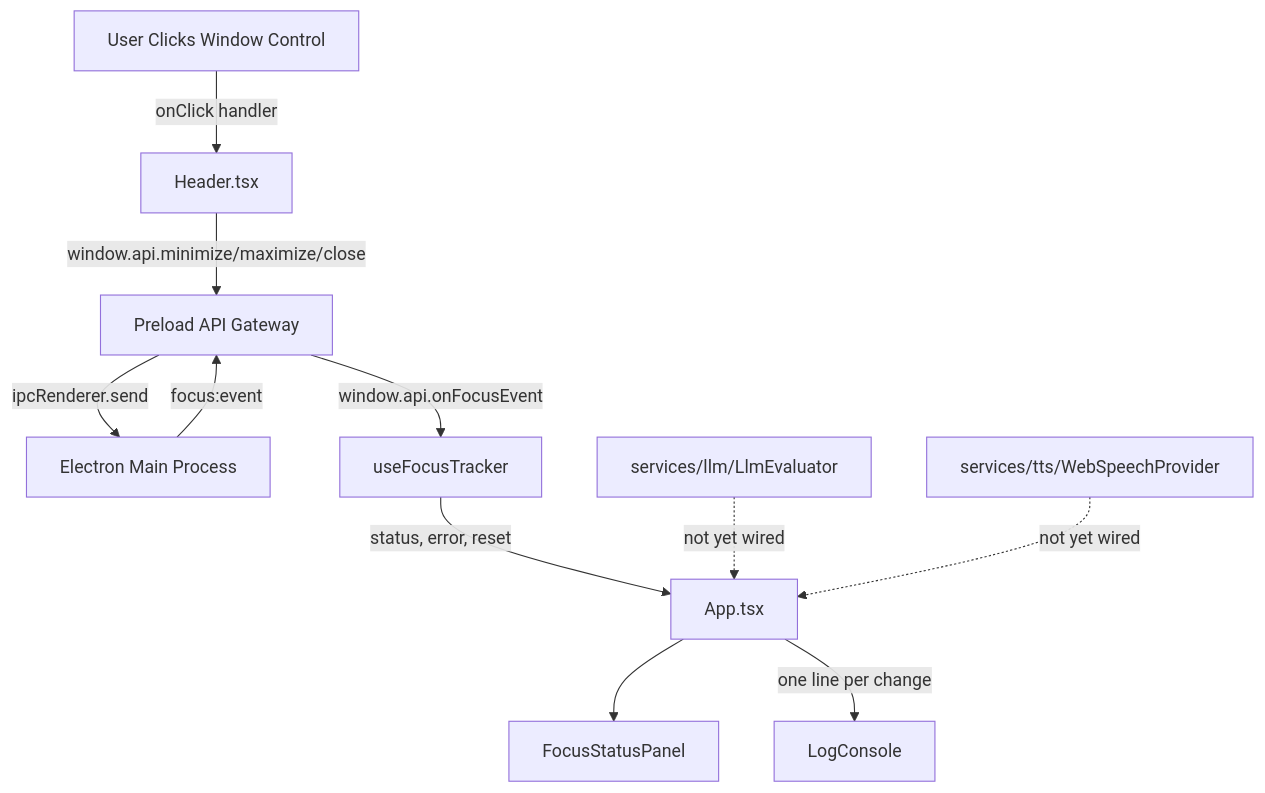
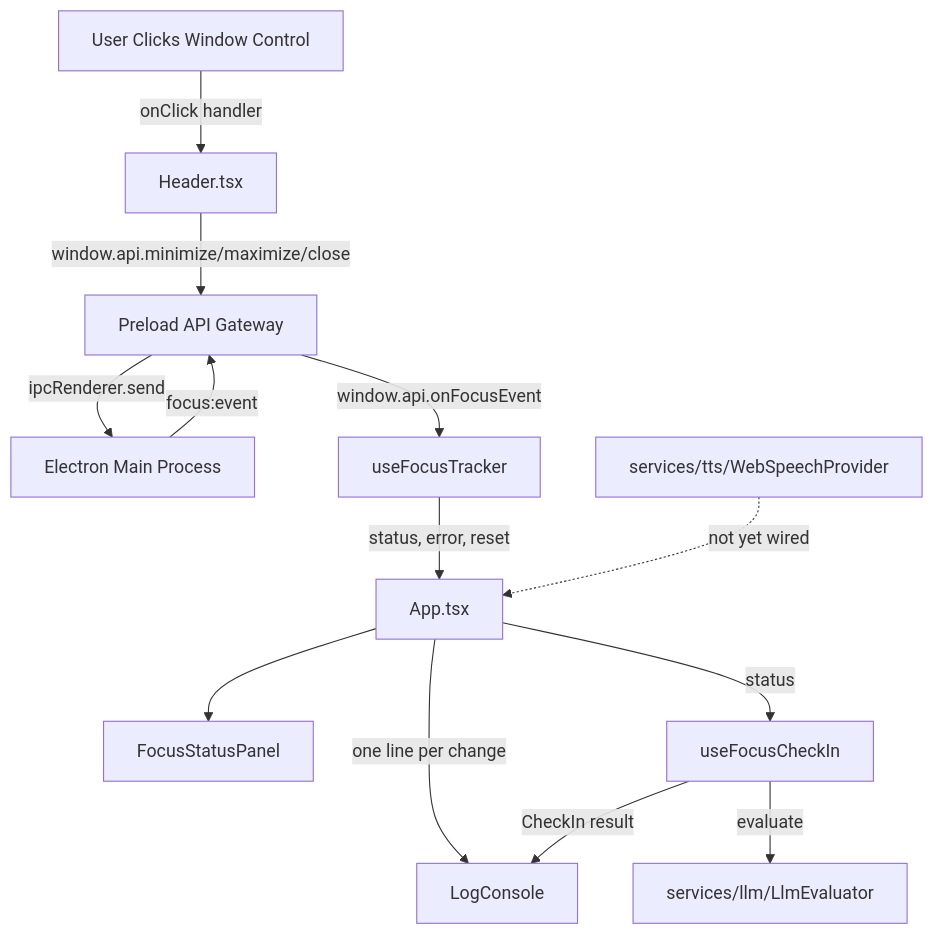
One commit to Masterslayer7/FocusSentinel changed the diagram in src/renderer/CONTEXT.md. Above: the diagram before and after it, drawn with Mermaid. The commit also changed other lines of this file and 10 other files, not shown here.

First line of the commit message:
feat(focus): check in with LlmEvaluator once per distraction (Milestone 5)

````diff
--- a/src/renderer/CONTEXT.md
+++ b/src/renderer/CONTEXT.md
@@ -29,15 +29,17 @@
 ```mermaid
 graph TD
     User[User Clicks Window Control] -->|onClick handler| Header[Header.tsx]
     Header -->|window.api.minimize/maximize/close| Preload[Preload API Gateway]
     Preload -->|ipcRenderer.send| Main[Electron Main Process]
 
     Main -->|focus:event| Preload
     Preload -->|window.api.onFocusEvent| Hook[useFocusTracker]
     Hook -->|status, error, reset| App[App.tsx]
     App --> Panel[FocusStatusPanel]
     App -->|one line per change| Log[LogConsole]
 
-    LLM[services/llm/LlmEvaluator] -.not yet wired.-> App
+    App -->|status| CheckIn[useFocusCheckIn]
+    CheckIn -->|evaluate| LLM[services/llm/LlmEvaluator]
+    CheckIn -->|CheckIn result| Log
     TTS[services/tts/WebSpeechProvider] -.not yet wired.-> App
 ```
````
